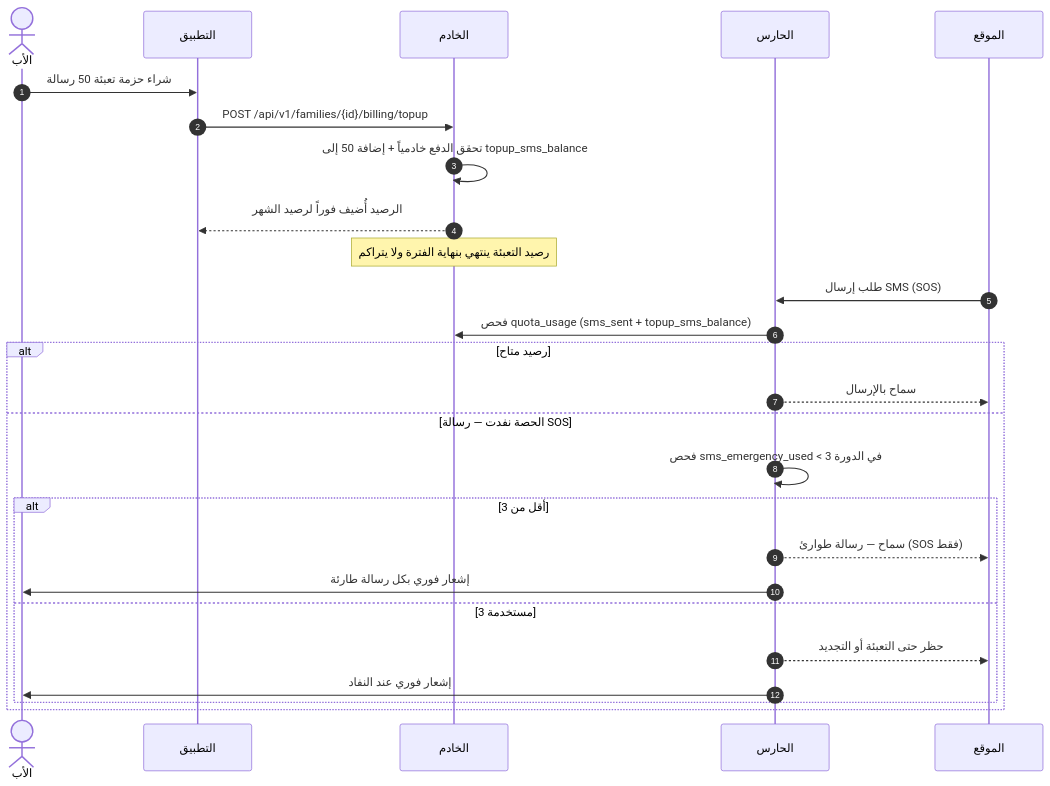
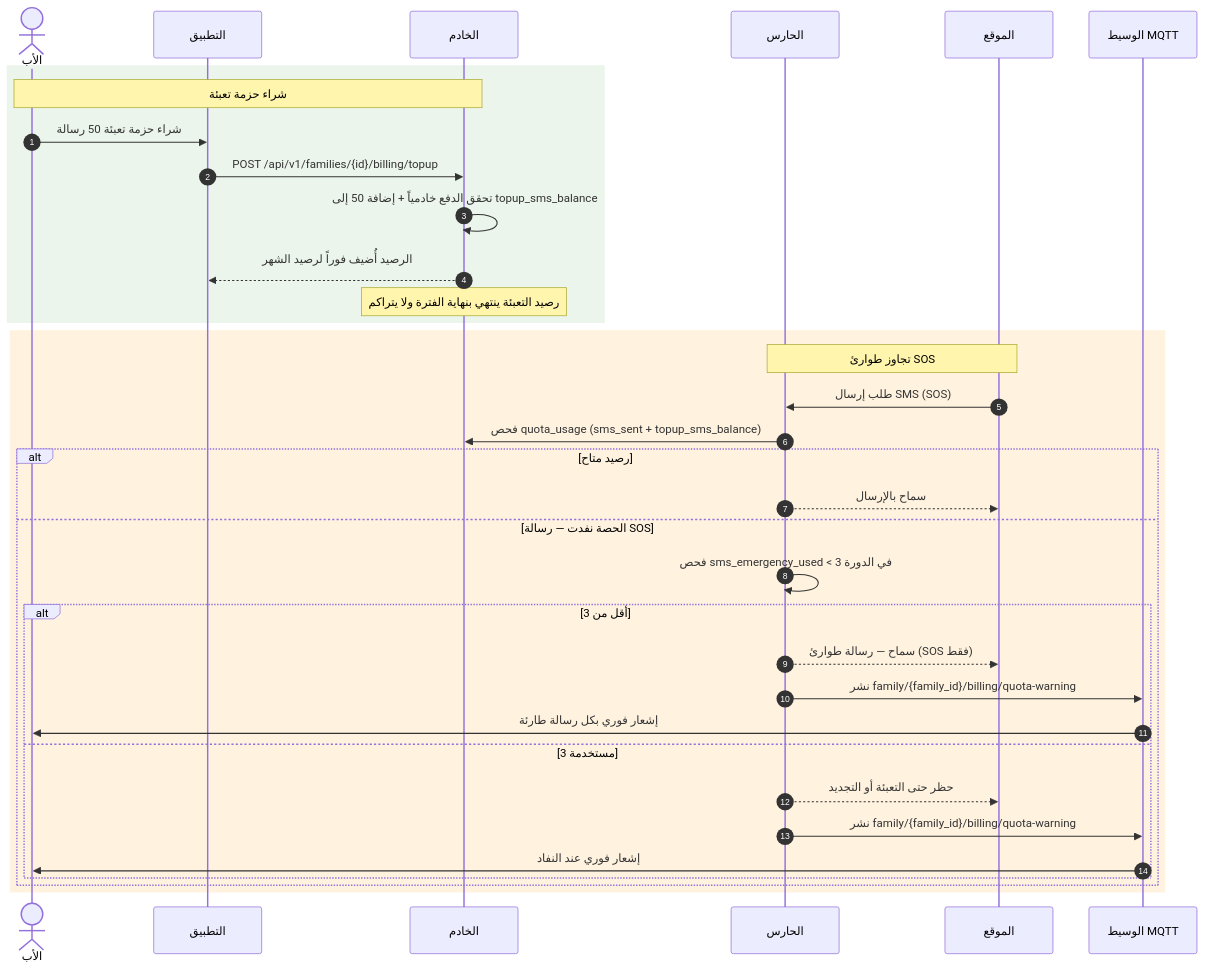
The fifth of 12 diagrams in docs/family-os/governance/phases/phase-1/S1-04-plans-and-subscriptions/DIAGRAMS.md (Bassam-mohammed-alqaeadi/family-os-v2), drawn with Mermaid before and after one commit. The commit also changed other lines of this file and 3 other files, not shown here.

````diff
--- a/docs/family-os/governance/phases/phase-1/S1-04-plans-and-subscriptions/DIAGRAMS.md
+++ b/docs/family-os/governance/phases/phase-1/S1-04-plans-and-subscriptions/DIAGRAMS.md
@@ -248,28 +247,37 @@
 ```mermaid
 sequenceDiagram
     autonumber
     actor Father as الأب
     participant App as التطبيق
     participant Ktor as الخادم
     participant Guard as الحارس
     participant S107 as الموقع
-    Father->>App: شراء حزمة تعبئة 50 رسالة
-    App->>Ktor: POST /api/v1/families/{id}/billing/topup
-    Ktor->>Ktor: تحقق الدفع خادمياً + إضافة 50 إلى topup_sms_balance
-    Ktor-->>App: الرصيد أُضيف فوراً لرصيد الشهر
-    Note over Ktor: رصيد التعبئة ينتهي بنهاية الفترة ولا يتراكم
-    S107->>Guard: طلب إرسال SMS (SOS)
-    Guard->>Ktor: فحص quota_usage (sms_sent + topup_sms_balance)
-    alt رصيد متاح
-        Guard-->>S107: سماح بالإرسال
-    else الحصة نفدت — رسالة SOS
-        Guard->>Guard: فحص sms_emergency_used < 3 في الدورة
-        alt أقل من 3
-            Guard-->>S107: سماح — رسالة طوارئ (SOS فقط)
-            Guard->>Father: إشعار فوري بكل رسالة طارئة
-        else 3 مستخدمة
-            Guard-->>S107: حظر حتى التعبئة أو التجديد
-            Guard->>Father: إشعار فوري عند النفاد
+    participant Broker as الوسيط MQTT
+    rect rgb(235, 245, 235)
+        Note over Father,Ktor: شراء حزمة تعبئة
+        Father->>App: شراء حزمة تعبئة 50 رسالة
+        App->>Ktor: POST /api/v1/families/{id}/billing/topup
+        Ktor->>Ktor: تحقق الدفع خادمياً + إضافة 50 إلى topup_sms_balance
+        Ktor-->>App: الرصيد أُضيف فوراً لرصيد الشهر
+        Note over Ktor: رصيد التعبئة ينتهي بنهاية الفترة ولا يتراكم
+    end
+    rect rgb(255, 243, 224)
+        Note over S107,Guard: تجاوز طوارئ SOS
+        S107->>Guard: طلب إرسال SMS (SOS)
+        Guard->>Ktor: فحص quota_usage (sms_sent + topup_sms_balance)
+        alt رصيد متاح
+            Guard-->>S107: سماح بالإرسال
+        else الحصة نفدت — رسالة SOS
+            Guard->>Guard: فحص sms_emergency_used < 3 في الدورة
+            alt أقل من 3
+                Guard-->>S107: سماح — رسالة طوارئ (SOS فقط)
+                Guard->>Broker: نشر family/{family_id}/billing/quota-warning
+                Broker->>Father: إشعار فوري بكل رسالة طارئة
+            else 3 مستخدمة
+                Guard-->>S107: حظر حتى التعبئة أو التجديد
+                Guard->>Broker: نشر family/{family_id}/billing/quota-warning
+                Broker->>Father: إشعار فوري عند النفاد
+            end
         end
     end
 ```
````
